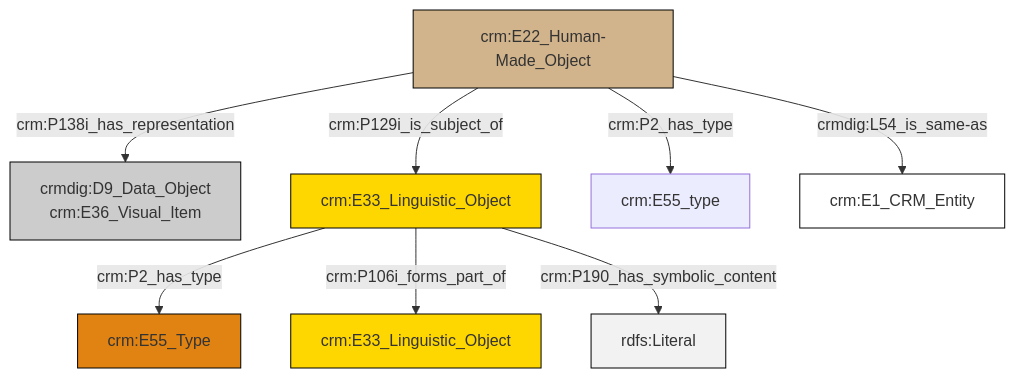
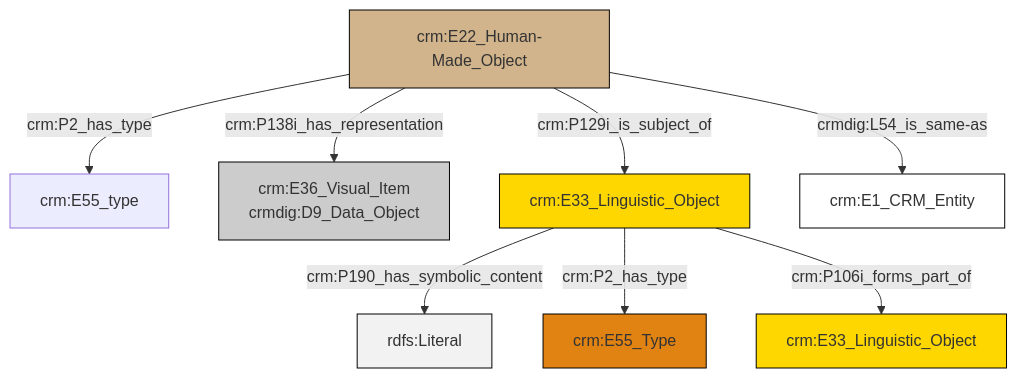
Before and after one commit to swiss-art-research-net/docs.swissartresearch: the diagram in et/artworkCSV/ttl/mmd/Artwork_Documentation.ttl.mmd, drawn with Mermaid. The commit also changed 182 other files, not shown here.

```diff
--- a/et/artworkCSV/ttl/mmd/Artwork_Documentation.ttl.mmd
+++ b/et/artworkCSV/ttl/mmd/Artwork_Documentation.ttl.mmd
@@ -1,22 +1,22 @@
 graph TD
 classDef Literal fill:#f2f2f2,stroke:#000000;
 classDef CRM_Entity fill:#FFFFFF,stroke:#000000;
 classDef Temporal_Entity fill:#00C9E6, stroke:#000000;
 classDef Type fill:#E18312, stroke:#000000;
 classDef Time-Span fill:#2C9C91, stroke:#000000;
 classDef Appellation fill:#FFEB7F, stroke:#000000;
 classDef Place fill:#008836, stroke:#000000;
 classDef Persistent_Item fill:#B266B2, stroke:#000000;
 classDef Conceptual_Object fill:#FFD700, stroke:#000000;
 classDef Physical_Thing fill:#D2B48C, stroke:#000000;
 classDef Actor fill:#f58aad, stroke:#000000;
 classDef PC_Classes fill:#4ce600, stroke:#000000;
 classDef Multi fill:#cccccc,stroke:#000000;
 
-6["crm:E22_Human-Made_Object"]:::Physical_Thing -->|crmdig:L54_is_same-as| 7["crm:E1_CRM_Entity"]:::CRM_Entity
-2["crm:E33_Linguistic_Object"]:::Conceptual_Object -->|crm:P2_has_type| 8["crm:E55_Type"]:::Type
-2["crm:E33_Linguistic_Object"]:::Conceptual_Object -->|crm:P106i_forms_part_of| 9["crm:E33_Linguistic_Object"]:::Conceptual_Object
-2["crm:E33_Linguistic_Object"]:::Conceptual_Object -->|crm:P190_has_symbolic_content| 11[rdfs:Literal]:::Literal
-6["crm:E22_Human-Made_Object"]:::Physical_Thing -->|crm:P129i_is_subject_of| 2["crm:E33_Linguistic_Object"]:::Conceptual_Object
-6["crm:E22_Human-Made_Object"]:::Physical_Thing -->|crm:P138i_has_representation| 0["crmdig:D9_Data_Object<br>crm:E36_Visual_Item"]:::Multi
-6["crm:E22_Human-Made_Object"]:::Physical_Thing -->|crm:P2_has_type| 4["crm:E55_type"]:::Default
+2["crm:E22_Human-Made_Object"]:::Physical_Thing -->|crm:P2_has_type| 3["crm:E55_type"]:::Default
+6["crm:E33_Linguistic_Object"]:::Conceptual_Object -->|crm:P190_has_symbolic_content| 7[rdfs:Literal]:::Literal
+2["crm:E22_Human-Made_Object"]:::Physical_Thing -->|crm:P138i_has_representation| 4["crm:E36_Visual_Item<br>crmdig:D9_Data_Object"]:::Multi
+2["crm:E22_Human-Made_Object"]:::Physical_Thing -->|crmdig:L54_is_same-as| 9["crm:E1_CRM_Entity"]:::CRM_Entity
+6["crm:E33_Linguistic_Object"]:::Conceptual_Object -->|crm:P2_has_type| 10["crm:E55_Type"]:::Type
+6["crm:E33_Linguistic_Object"]:::Conceptual_Object -->|crm:P106i_forms_part_of| 0["crm:E33_Linguistic_Object"]:::Conceptual_Object
+2["crm:E22_Human-Made_Object"]:::Physical_Thing -->|crm:P129i_is_subject_of| 6["crm:E33_Linguistic_Object"]:::Conceptual_Object
```
